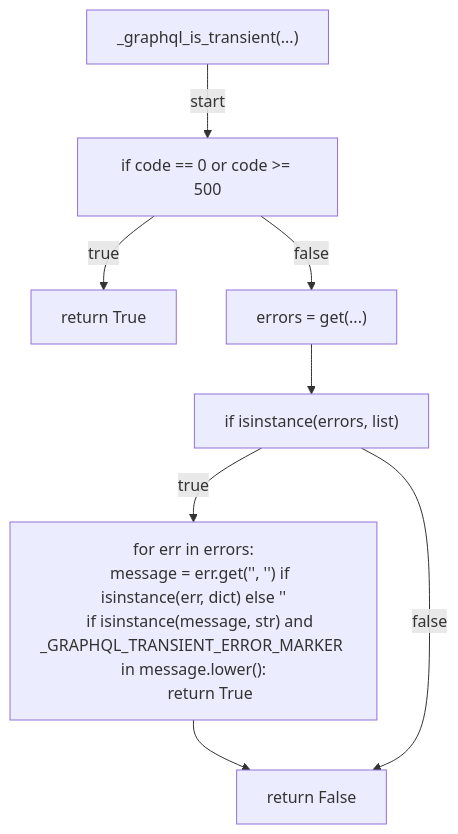
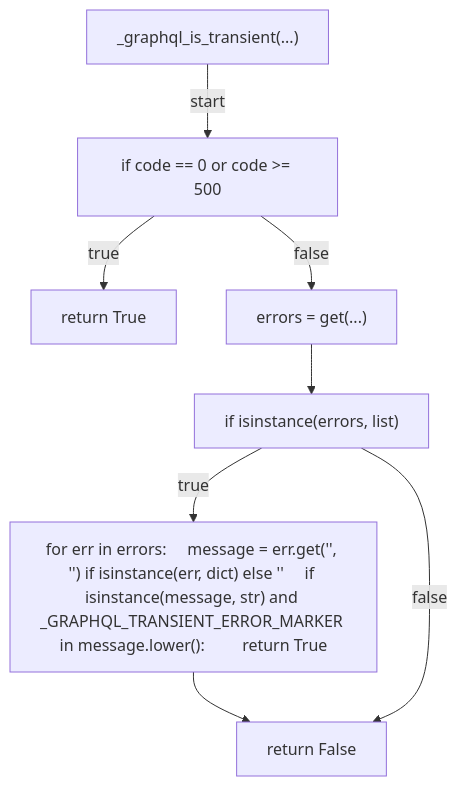
Before and after one commit to tvna/claude-md: the third of 5 diagrams in docs/generated/scripts/ast/_github_api.md, drawn with Mermaid. The commit also changed other lines of this file and 20 other files, not shown here.

First line of the commit message:
docs(generated): regenerate decision tree and workflow diagrams (batch 1/5)

````diff
--- a/docs/generated/scripts/ast/_github_api.md
+++ b/docs/generated/scripts/ast/_github_api.md
@@ -59,20 +33,17 @@
 ```mermaid
 flowchart TD
     N001["_graphql_is_transient(...)"]
     N002["if code == 0 or code >= 500"]
     N003["return True"]
     N004["errors = get(...)"]
     N005["if isinstance(errors, list)"]
-    N006["for err in errors:
-    message = err.get('<str>', '<str>') if isinstance(err, dict) else '<str>'
-    if isinstance(message, str) and _GRAPHQL_TRANSIENT_ERROR_MARKER in message.lower():
-        return True"]
+    N006["for err in errors:     message = err.get('<str>', '<str>') if isinstance(err, dict) else '<str>'     if isinstance(message, str) and _GRAPHQL_TRANSIENT_ERROR_MARKER in message.lower():         return True"]
     N007["return False"]
     N001 -->|"start"| N002
     N002 -->|"true"| N003
     N002 -->|"false"| N004
     N004 --> N005
     N005 -->|"true"| N006
     N006 --> N007
     N005 -->|"false"| N007
 ```
````
